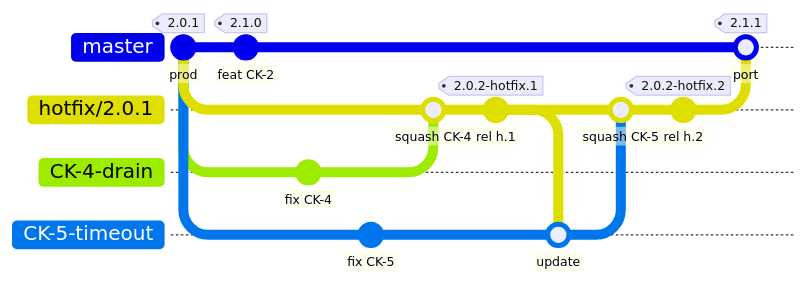
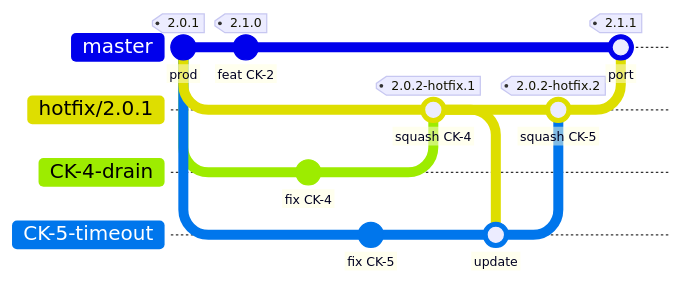
Before and after one commit to avall/homelab-poc-semantic-version: the third of 4 diagrams in README.md, drawn with Mermaid. The commit also changed other lines of this file and 1 other file, not shown here.

Commit message:
ci(CK-4): skip pom.xml commit on hotfix releases [skip ci]

````diff
--- a/README.md
+++ b/README.md
@@ -217,24 +232,22 @@
 ```mermaid
 %%{init: {'gitGraph': {'mainBranchName': 'master', 'rotateCommitLabel': false}}}%%
 gitGraph
   commit id: "prod" tag: "2.0.1"
   branch hotfix/2.0.1
   checkout master
   commit id: "feat CK-2" tag: "2.1.0"
   checkout hotfix/2.0.1
   branch CK-4-drain
   commit id: "fix CK-4"
   checkout hotfix/2.0.1
   branch CK-5-timeout
   commit id: "fix CK-5"
   checkout hotfix/2.0.1
-  merge CK-4-drain id: "squash CK-4"
-  commit id: "rel h.1" tag: "2.0.2-hotfix.1"
+  merge CK-4-drain id: "squash CK-4" tag: "2.0.2-hotfix.1"
   checkout CK-5-timeout
   merge hotfix/2.0.1 id: "update"
   checkout hotfix/2.0.1
-  merge CK-5-timeout id: "squash CK-5"
-  commit id: "rel h.2" tag: "2.0.2-hotfix.2"
+  merge CK-5-timeout id: "squash CK-5" tag: "2.0.2-hotfix.2"
   checkout master
   merge hotfix/2.0.1 id: "port" tag: "2.1.1"
 ```
````
